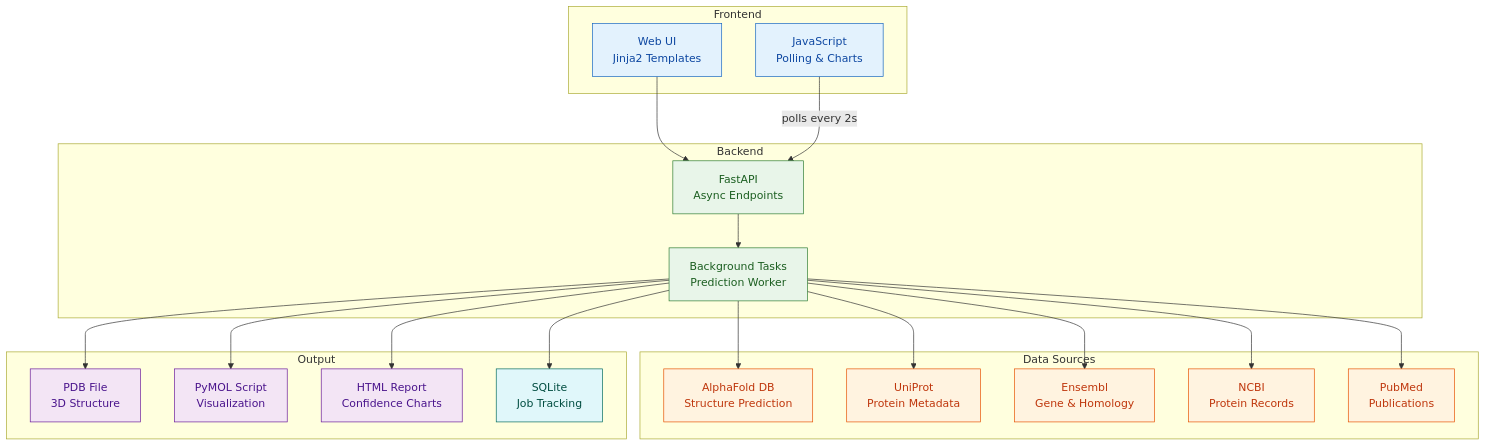
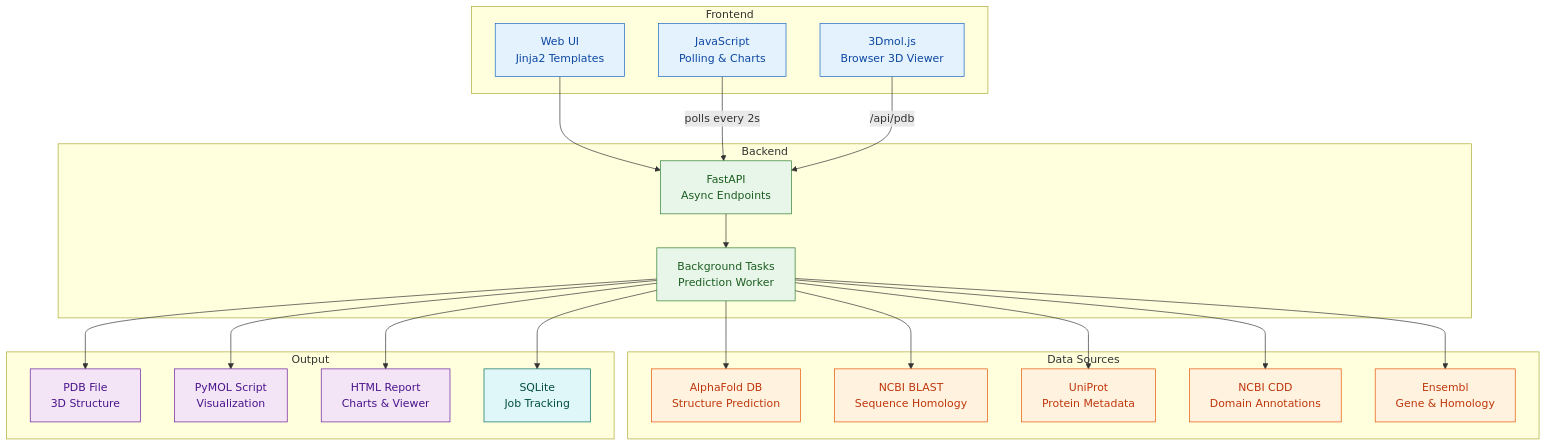
One commit to sanjanb/bio-pipeline changed the third of 3 diagrams in README.md. Above: the diagram before and after it, drawn with Mermaid. The commit also changed other lines of this file and 1 other file, not shown here.

Commit message:
feat: 3D viewer hover outline + click sticks interaction

````diff
--- a/README.md
+++ b/README.md
@@ -66,54 +69,57 @@
 ```mermaid
 graph TB
     subgraph "Frontend"
         UI["Web UI<br/>Jinja2 Templates"]
         JS["JavaScript<br/>Polling &amp; Charts"]
+        V3D["3Dmol.js<br/>Browser 3D Viewer"]
     end
 
     subgraph "Backend"
         API["FastAPI<br/>Async Endpoints"]
         BG["Background Tasks<br/>Prediction Worker"]
     end
 
     subgraph "Data Sources"
         AF["AlphaFold DB<br/>Structure Prediction"]
+        BL["NCBI BLAST<br/>Sequence Homology"]
         UN["UniProt<br/>Protein Metadata"]
+        NC["NCBI CDD<br/>Domain Annotations"]
         EN["Ensembl<br/>Gene &amp; Homology"]
-        NC["NCBI<br/>Protein Records"]
-        PM["PubMed<br/>Publications"]
     end
 
     subgraph "Output"
         PDB["PDB File<br/>3D Structure"]
         PML["PyMOL Script<br/>Visualization"]
-        RPT["HTML Report<br/>Confidence Charts"]
+        RPT["HTML Report<br/>Charts &amp; Viewer"]
         DB["SQLite<br/>Job Tracking"]
     end
 
     UI --> API
     JS -->|polls every 2s| API
+    V3D -->|/api/pdb| API
     API --> BG
     BG --> AF
+    BG --> BL
     BG --> UN
+    BG --> NC
     BG --> EN
-    BG --> NC
-    BG --> PM
     BG --> PDB
     BG --> PML
     BG --> RPT
     BG --> DB
 
     style UI fill:#E3F2FD,stroke:#1565C0,color:#0D47A1
     style JS fill:#E3F2FD,stroke:#1565C0,color:#0D47A1
+    style V3D fill:#E3F2FD,stroke:#1565C0,color:#0D47A1
     style API fill:#E8F5E9,stroke:#2E7D32,color:#1B5E20
     style BG fill:#E8F5E9,stroke:#2E7D32,color:#1B5E20
     style AF fill:#FFF3E0,stroke:#E65100,color:#BF360C
+    style BL fill:#FFF3E0,stroke:#E65100,color:#BF360C
     style UN fill:#FFF3E0,stroke:#E65100,color:#BF360C
+    style NC fill:#FFF3E0,stroke:#E65100,color:#BF360C
     style EN fill:#FFF3E0,stroke:#E65100,color:#BF360C
-    style NC fill:#FFF3E0,stroke:#E65100,color:#BF360C
-    style PM fill:#FFF3E0,stroke:#E65100,color:#BF360C
     style PDB fill:#F3E5F5,stroke:#6A1B9A,color:#4A148C
     style PML fill:#F3E5F5,stroke:#6A1B9A,color:#4A148C
     style RPT fill:#F3E5F5,stroke:#6A1B9A,color:#4A148C
     style DB fill:#E0F7FA,stroke:#00695C,color:#004D40
 ```
````
